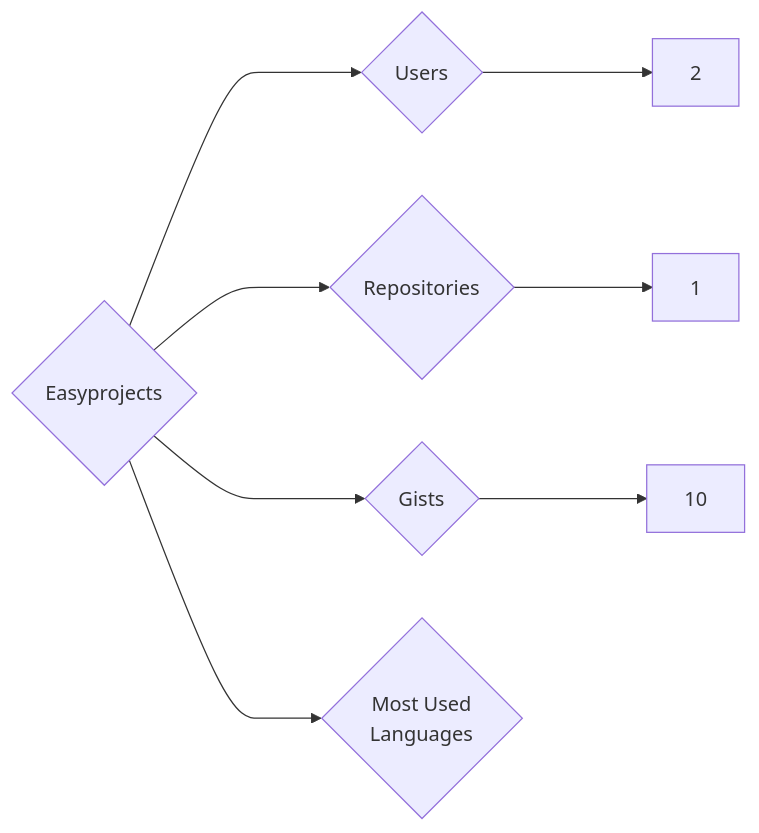
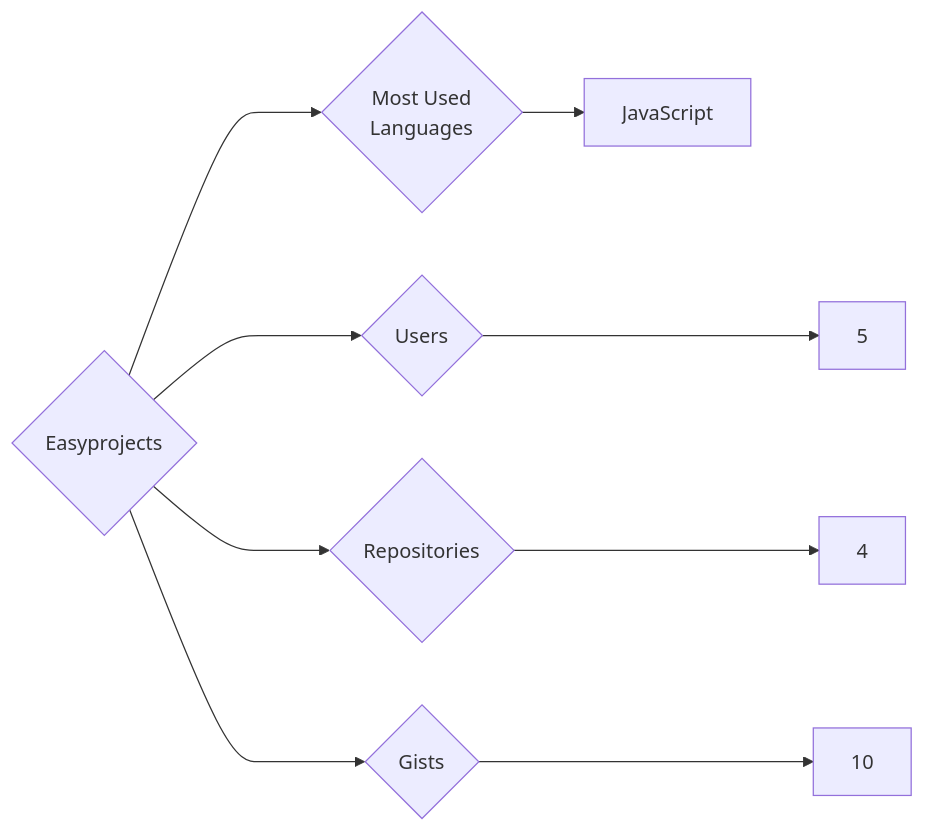
The diagram in targets/Easyprojects/README.md (trickest/insiders), drawn with Mermaid before and after one commit. The commit also changed 1055 other files, not shown here.

````diff
--- a/targets/Easyprojects/README.md
+++ b/targets/Easyprojects/README.md
@@ -3,8 +3,9 @@
 ```mermaid
 graph LR
 COMPANY_NAME{Easyprojects}
-COMPANY_NAME ---> U{Users} ---> UN[2]
-COMPANY_NAME ---> R{Repositories} ---> RN[1]
+COMPANY_NAME ---> U{Users} ---> UN[5]
+COMPANY_NAME ---> R{Repositories} ---> RN[4]
 COMPANY_NAME ---> G{Gists} ---> GN[10]
 COMPANY_NAME ---> ML{Most Used<br>Languages}
+ML --> JavaScript[JavaScript]
 ```
````
